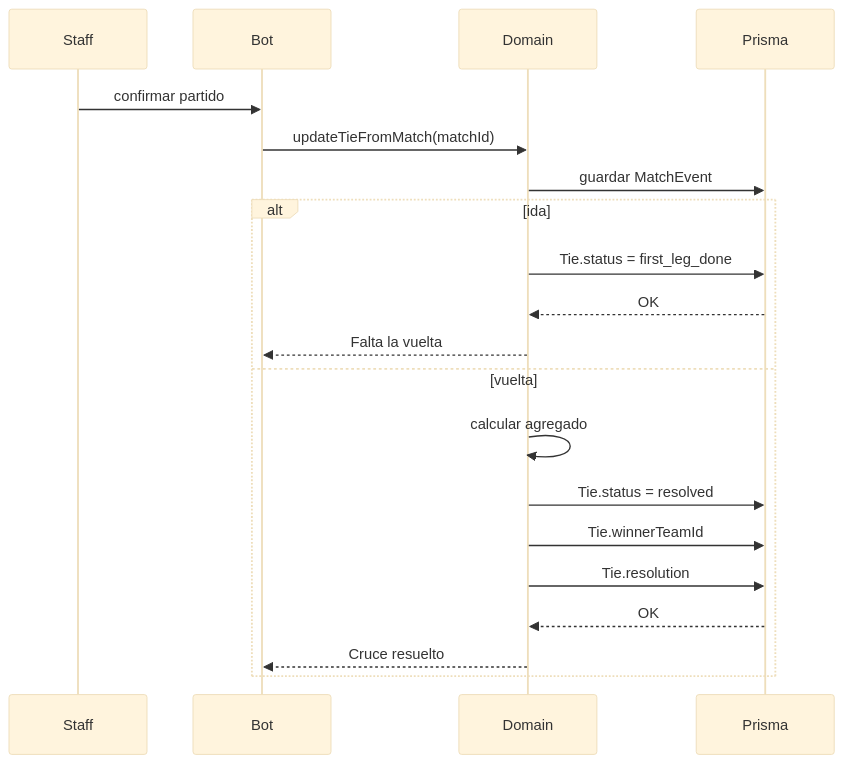
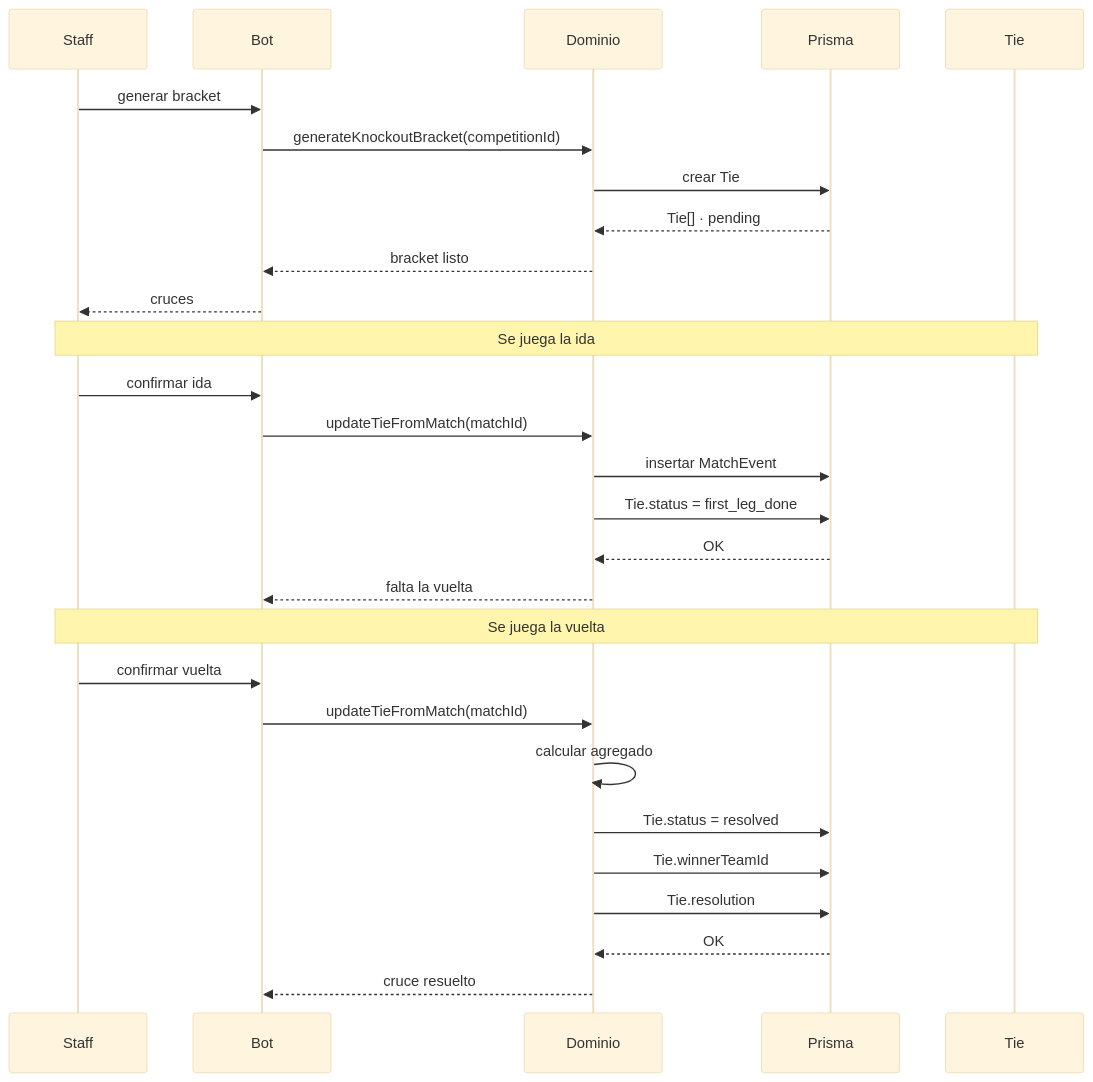
The first of 2 diagrams in README.md (Kevris/AGON), drawn with Mermaid (base theme) before and after one commit. The commit also changed other lines of this file and 2 other files, not shown here.

````diff
--- a/README.md
+++ b/README.md
@@ -283,24 +272,35 @@
 ```mermaid
 sequenceDiagram
     participant S as Staff
     participant B as Bot
-    participant D as Domain
+    participant D as Dominio
     participant DB as Prisma
+    participant T as Tie
 
-    S->>B: confirmar partido
+    S->>B: generar bracket
+    B->>D: generateKnockoutBracket(competitionId)
+    D->>DB: crear Tie
+    DB-->>D: Tie[] · pending
+    D-->>B: bracket listo
+    B-->>S: cruces
+
+    Note over S,T: Se juega la ida
+
+    S->>B: confirmar ida
     B->>D: updateTieFromMatch(matchId)
-    D->>DB: guardar MatchEvent
+    D->>DB: insertar MatchEvent
+    D->>DB: Tie.status = first_leg_done
+    DB-->>D: OK
+    D-->>B: falta la vuelta
 
-    alt ida
-        D->>DB: Tie.status = first_leg_done
-        DB-->>D: OK
-        D-->>B: Falta la vuelta
-    else vuelta
-        D->>D: calcular agregado
-        D->>DB: Tie.status = resolved
-        D->>DB: Tie.winnerTeamId
-        D->>DB: Tie.resolution
-        DB-->>D: OK
-        D-->>B: Cruce resuelto
-    end
+    Note over S,T: Se juega la vuelta
+
+    S->>B: confirmar vuelta
+    B->>D: updateTieFromMatch(matchId)
+    D->>D: calcular agregado
+    D->>DB: Tie.status = resolved
+    D->>DB: Tie.winnerTeamId
+    D->>DB: Tie.resolution
+    DB-->>D: OK
+    D-->>B: cruce resuelto
 ```
````
